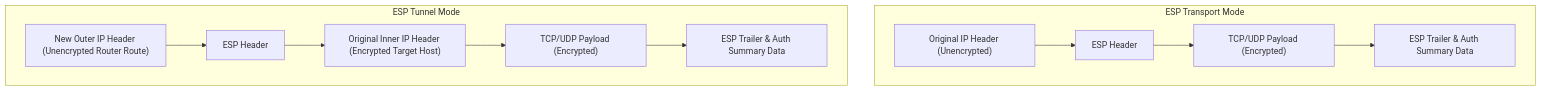
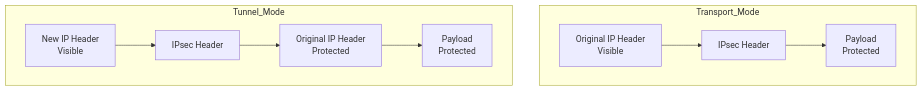
Before and after one commit to namaewafaisal/Obsidian_Vault: the second of 3 diagrams in 03-Academics/Network_Security/IPsec.md, drawn with Mermaid. The commit also changed other lines of this file, not shown here.

````diff
--- a/03-Academics/Network_Security/IPsec.md
+++ b/03-Academics/Network_Security/IPsec.md
@@ -55,16 +210,20 @@
 ```mermaid
-graph TD
-    subgraph ESP Transport Mode
-        A["Original IP Header (Unencrypted)"] --> B["ESP Header"]
-        B --> C["TCP/UDP Payload (Encrypted)"]
-        C --> D["ESP Trailer & Auth Summary Data"]
+flowchart TD
+
+    subgraph Transport_Mode
+        A[Original IP Header<br>Visible]
+        B[IPsec Header]
+        C[Payload<br>Protected]
+
+        A --> B --> C
     end
 
-    subgraph ESP Tunnel Mode
-        E["New Outer IP Header (Unencrypted Router Route)"] --> F["ESP Header"]
-        F --> G["Original Inner IP Header (Encrypted Target Host)"]
-        G --> H["TCP/UDP Payload (Encrypted)"]
-        H --> I["ESP Trailer & Auth Summary Data"]
+    subgraph Tunnel_Mode
+        D[New IP Header<br>Visible]
+        E[IPsec Header]
+        F[Original IP Header<br>Protected]
+        G[Payload<br>Protected]
+
+        D --> E --> F --> G
     end
-
 ```
````
